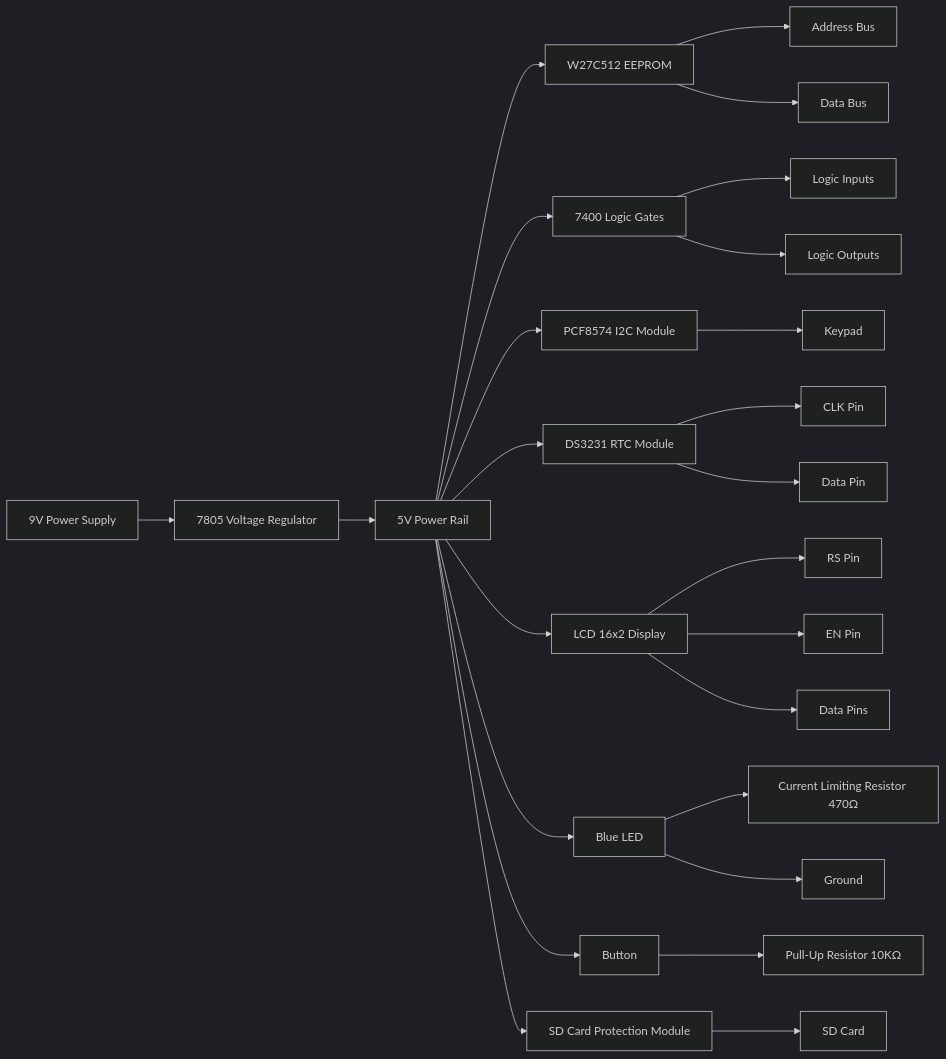
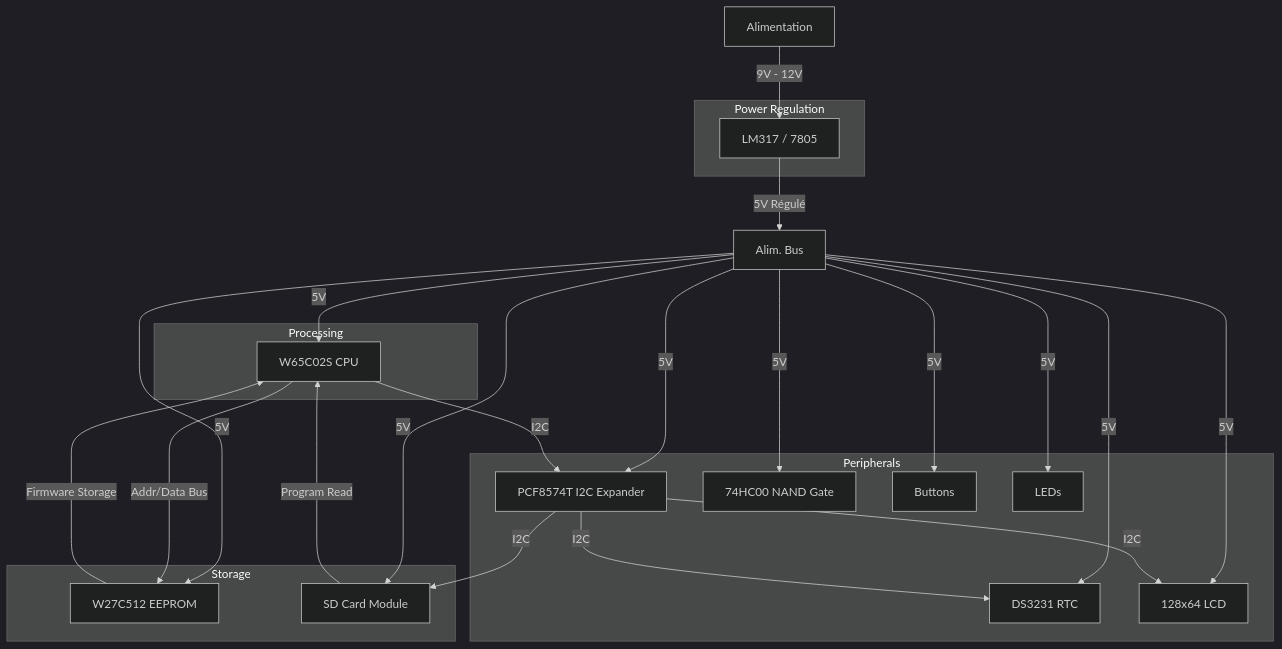
One commit to 3dgoose/rock65 changed the diagram in README.md. Above: the diagram before and after it, drawn with Mermaid (dark theme). The commit also changed other lines of this file and 1 other file, not shown here.

Commit message:
Update README and Developer Manual and updated diagrams

````diff
--- a/README.md
+++ b/README.md
@@ -25,36 +23,47 @@
 ```mermaid
-graph LR
-  A[9V Power Supply] --> B[7805 Voltage Regulator]
-  B --> C[5V Power Rail]
-  C --> D[W27C512 EEPROM]
-  C --> E[7400 Logic Gates]
-  C --> F[PCF8574 I2C Module]
-  C --> G[DS3231 RTC Module]
-  C --> H[LCD 16x2 Display]
-  C --> I[Blue LED]
-  C --> J[Button]
-  C --> K[SD Card Protection Module]
+graph TD;
+    A[Alimentation] -->|9V - 12V| B[LM317 / 7805]
+    B -->|5V Régulé| C[Alim. Bus]
+    
+    C -->|5V| D[W65C02S CPU]
+    C -->|5V| E[W27C512 EEPROM]
+    C -->|5V| F[PCF8574T I2C Expander]
+    C -->|5V| G[DS3231 RTC]
+    C -->|5V| H[128x64 LCD]
+    C -->|5V| I[SD Card Module]
+    C -->|5V| J[74HC00 NAND Gate]
+    C -->|5V| K[Buttons]
+    C -->|5V| L[LEDs]
+    
+    D -->|Addr/Data Bus| E
+    D -->|I2C| F
+    F -->|I2C| G
+    F -->|I2C| H
+    F -->|I2C| I
+    
+    E -->|Firmware Storage| D
+    I -->|Program Read| D
 
-  D --> L[Address Bus]
-  D --> M[Data Bus]
-  
-  F --> N[Keypad]
-  
-  H --> O[RS Pin]
-  H --> P[EN Pin]
-  H --> Q[Data Pins]
-
-  J --> R[Pull-Up Resistor 10KΩ]
-
-  E --> S[Logic Inputs]
-  E --> T[Logic Outputs]
-
-  I --> U[Current Limiting Resistor 470Ω]
-  I --> V[Ground]
-
-  G --> W[CLK Pin]
-  G --> X[Data Pin]
-  
-  K --> Y[SD Card]
+    subgraph Power Regulation
+        B
+    end
+    
+    subgraph Processing
+        D
+    end
+    
+    subgraph Storage
+        E
+        I
+    end
+    
+    subgraph Peripherals
+        F
+        G
+        H
+        J
+        K
+        L
+    end
 
 ```
````
